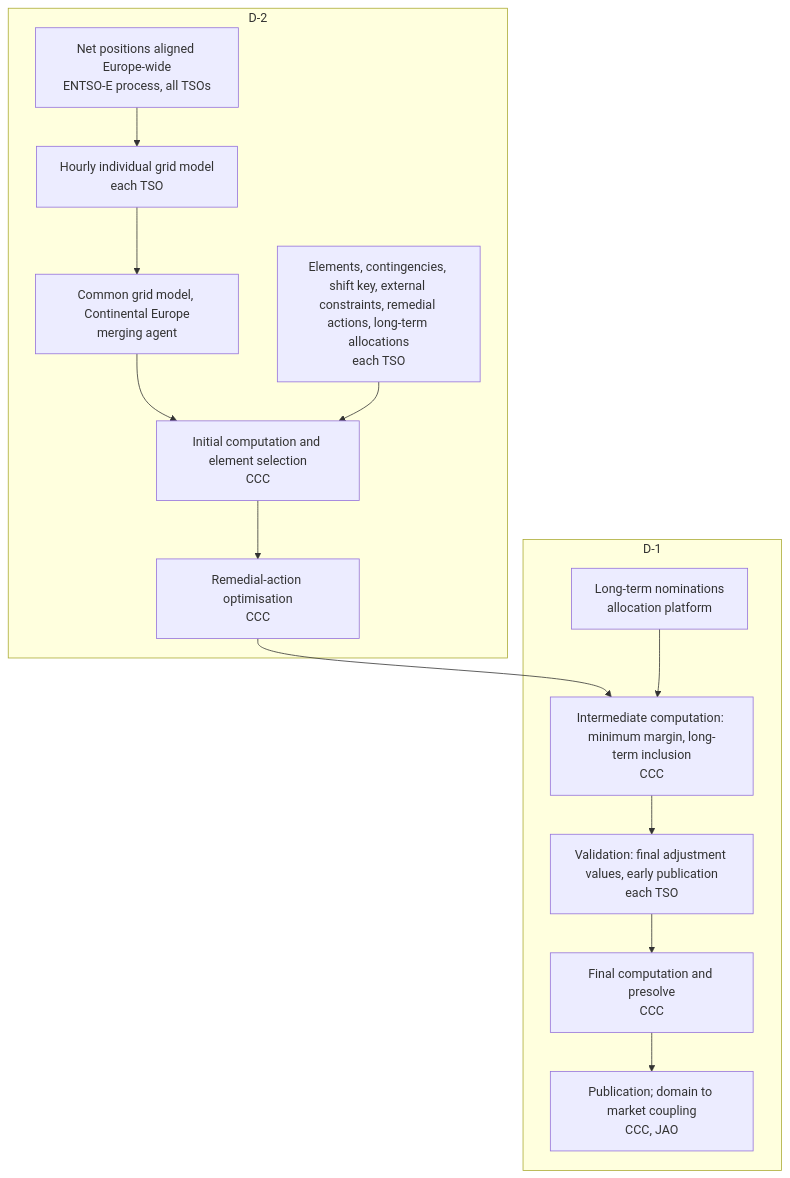
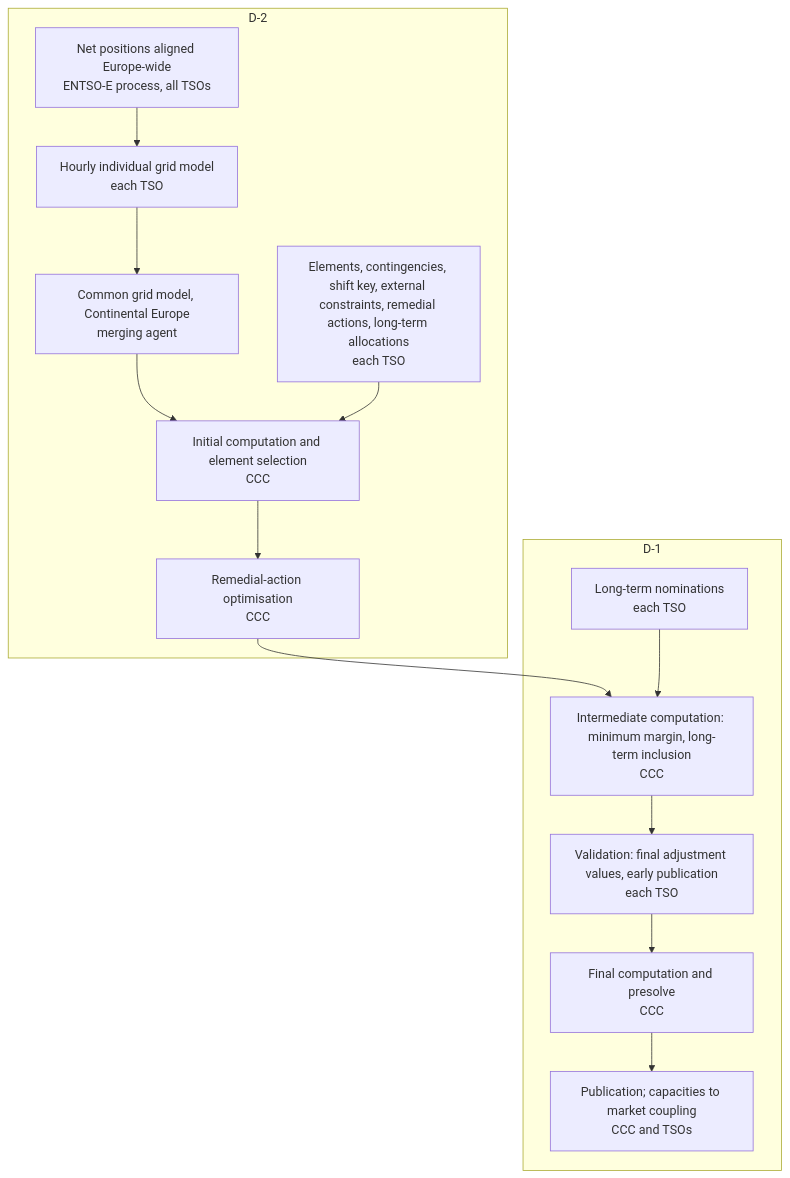
The diagram in wiki/literature/core-da-ccm-explanatory-note.md (zoltanmaric/coppersushi), drawn with Mermaid before and after one commit. The commit also changed other lines of this file and 7 other files, not shown here.

````diff
--- a/wiki/literature/core-da-ccm-explanatory-note.md
+++ b/wiki/literature/core-da-ccm-explanatory-note.md
@@ -11,23 +11,23 @@
 ```mermaid
 flowchart TB
     subgraph d2 ["D-2"]
         NP["Net positions aligned Europe-wide<br>ENTSO-E process, all TSOs"]
         IGM["Hourly individual grid model<br>each TSO"]
         CGM["Common grid model, Continental Europe<br>merging agent"]
         IN["Elements, contingencies, shift key, external constraints, remedial actions, long-term allocations<br>each TSO"]
         FB0["Initial computation and element selection<br>CCC"]
         RAO["Remedial-action optimisation<br>CCC"]
     end
     subgraph d1 ["D-1"]
-        LTN["Long-term nominations<br>allocation platform"]
+        LTN["Long-term nominations<br>each TSO"]
         FB1["Intermediate computation: minimum margin, long-term inclusion<br>CCC"]
         VAL["Validation: final adjustment values, early publication<br>each TSO"]
         FB2["Final computation and presolve<br>CCC"]
-        PUB["Publication; domain to market coupling<br>CCC, JAO"]
+        PUB["Publication; capacities to market coupling<br>CCC and TSOs"]
     end
     NP --> IGM --> CGM --> FB0
     IN --> FB0
     FB0 --> RAO --> FB1
     LTN --> FB1
     FB1 --> VAL --> FB2 --> PUB
 ```
````
